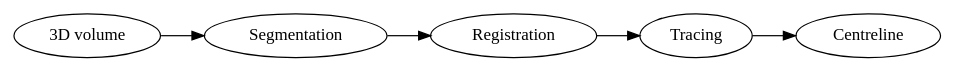
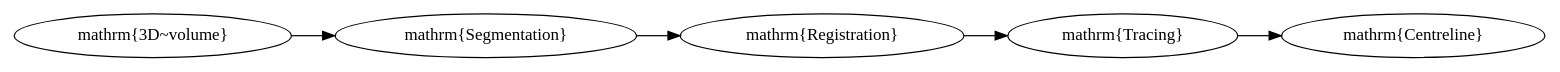
The diagram in gfx/matlab-call-graph/high-level.dot (CBL-ORION/orion-zmughal-ms-thesis), drawn with Graphviz before and after one commit. The commit also changed 2 other files, not shown here.

Commit message:
draw the high-level graph with tikz exclusively

```diff
--- a/gfx/matlab-call-graph/high-level.dot
+++ b/gfx/matlab-call-graph/high-level.dot
@@ -1,15 +1,20 @@
 digraph Main {
-	rankdir=LR;
 	graph [mindist=0.5];
-	proc_seg [label="Segmentation" style = "process"];
-	proc_reg [label="Registration" style = "process"];
-	proc_trace [label="Tracing" style = "process"];
+	d2tfigpreamble = "
+	\tikzstyle{process} = [draw,shape=box]
+	\tikzstyle{data} = [draw,shape=circle,style=dashed]
+	"
+	proc_seg [label="\mathrm{Segmentation}" style = "process"];
+	proc_reg [label="\mathrm{Registration}" style = "process"];
+	proc_trace [label="\mathrm{Tracing}" style = "process"];
 
-	data_vol [label="3D volume" style = "data"];
-	data_centerline [label="Centreline" style = "data"]
+	data_vol [label="\mathrm{3D~volume}" style = "data"];
+	data_centerline [label="\mathrm{Centreline}" style = "data"];
 
 	proc_seg -> proc_reg -> proc_trace;
 
 	data_vol -> proc_seg;
 	proc_trace -> data_centerline;
+
+	rankdir=LR;
 }
```
